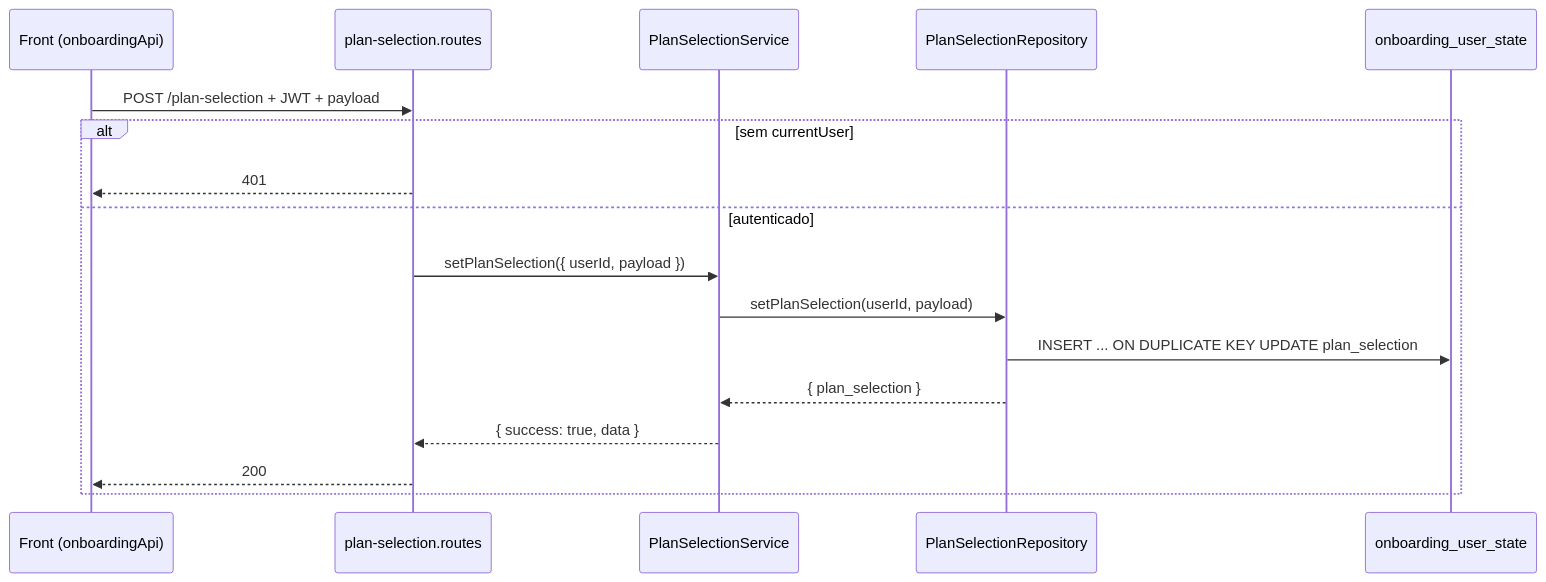
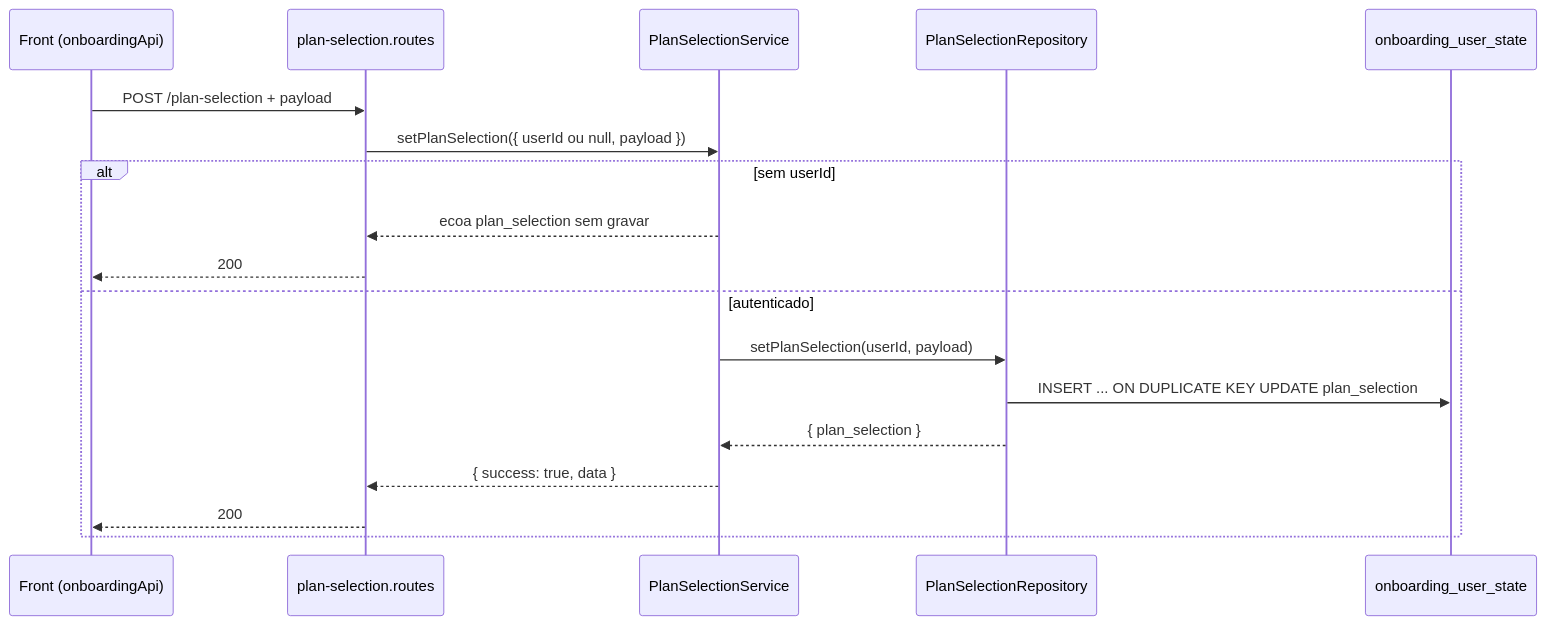
One commit to charles-mendes/eden-bowls-backend changed the diagram in new-docs/Plan/ROTA_ONBOARDING_PLAN_SELECTION.md. Above: the diagram before and after it, drawn with Mermaid. The commit also changed other lines of this file and 18 other files, not shown here.

````diff
--- a/new-docs/Plan/ROTA_ONBOARDING_PLAN_SELECTION.md
+++ b/new-docs/Plan/ROTA_ONBOARDING_PLAN_SELECTION.md
@@ -76,20 +79,21 @@
 ```mermaid
 sequenceDiagram
   participant FE as Front (onboardingApi)
   participant RT as plan-selection.routes
   participant SV as PlanSelectionService
   participant RP as PlanSelectionRepository
   participant DB as onboarding_user_state
 
-  FE->>RT: POST /plan-selection + JWT + payload
-  alt sem currentUser
-    RT-->>FE: 401
+  FE->>RT: POST /plan-selection + payload
+  RT->>SV: setPlanSelection({ userId ou null, payload })
+  alt sem userId
+    SV-->>RT: ecoa plan_selection sem gravar
+    RT-->>FE: 200
   else autenticado
-    RT->>SV: setPlanSelection({ userId, payload })
     SV->>RP: setPlanSelection(userId, payload)
     RP->>DB: INSERT ... ON DUPLICATE KEY UPDATE plan_selection
     RP-->>SV: { plan_selection }
     SV-->>RT: { success: true, data }
     RT-->>FE: 200
   end
 ```
````
